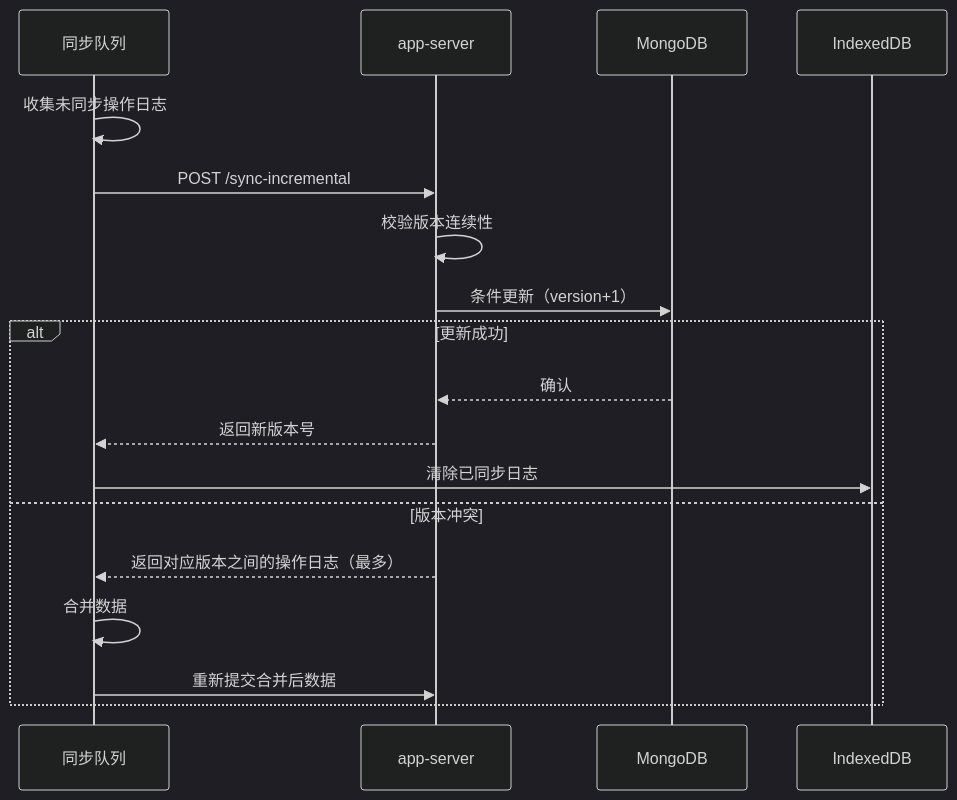
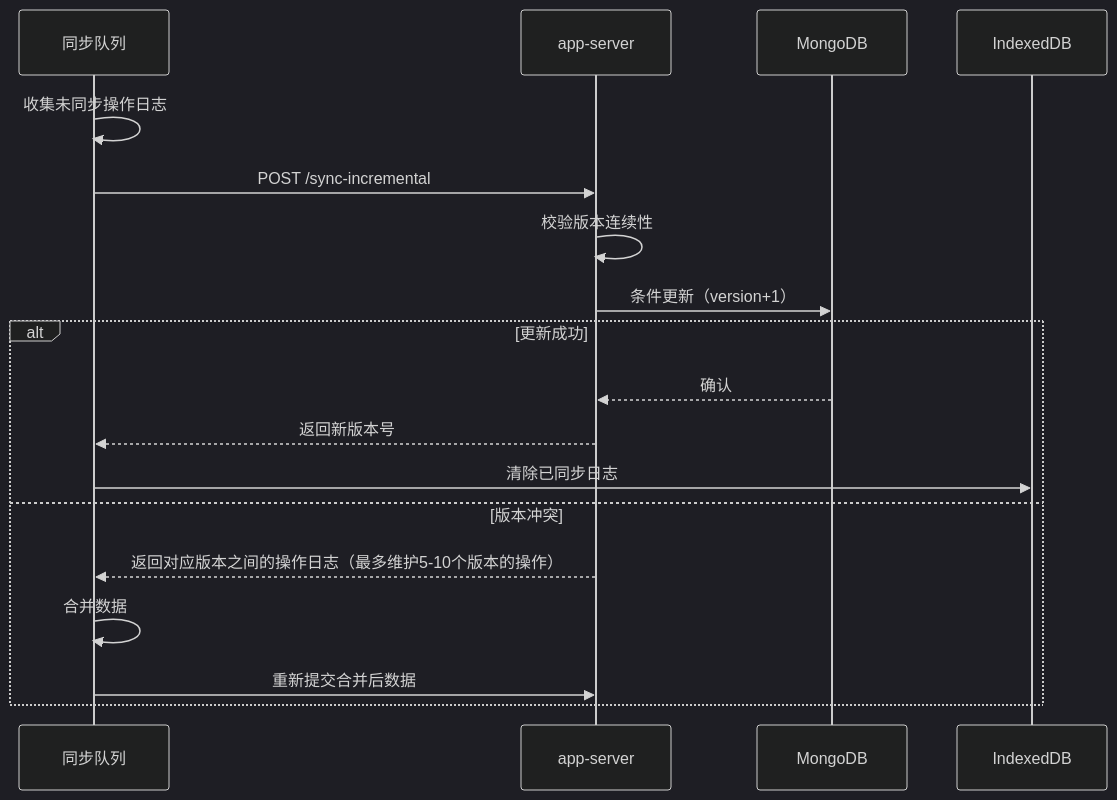
The diagram in all/未命名-24.md (yingjianzh/iodraw-files), drawn with Mermaid (dark theme) before and after one commit.

Commit message:
2025-02-24 10:50:35 update

````diff
--- a/all/未命名-24.md
+++ b/all/未命名-24.md
@@ -1,23 +1,23 @@
 ```mermaid
 
 sequenceDiagram
     participant 同步队列
     participant app-server
     participant MongoDB
 
 
     同步队列->>同步队列: 收集未同步操作日志
     同步队列->>app-server: POST /sync-incremental
     app-server->>app-server: 校验版本连续性
     app-server->>MongoDB: 条件更新（version+1）
     alt 更新成功
         MongoDB-->>app-server: 确认
         app-server-->>同步队列: 返回新版本号
         同步队列->>IndexedDB: 清除已同步日志
     else 版本冲突
-        app-server-->>同步队列: 返回对应版本之间的操作日志（最多）
+        app-server-->>同步队列: 返回对应版本之间的操作日志（最多维护5-10个版本的操作）
         同步队列->>同步队列: 合并数据
         同步队列->>app-server: 重新提交合并后数据
     end
 
 ```
````
